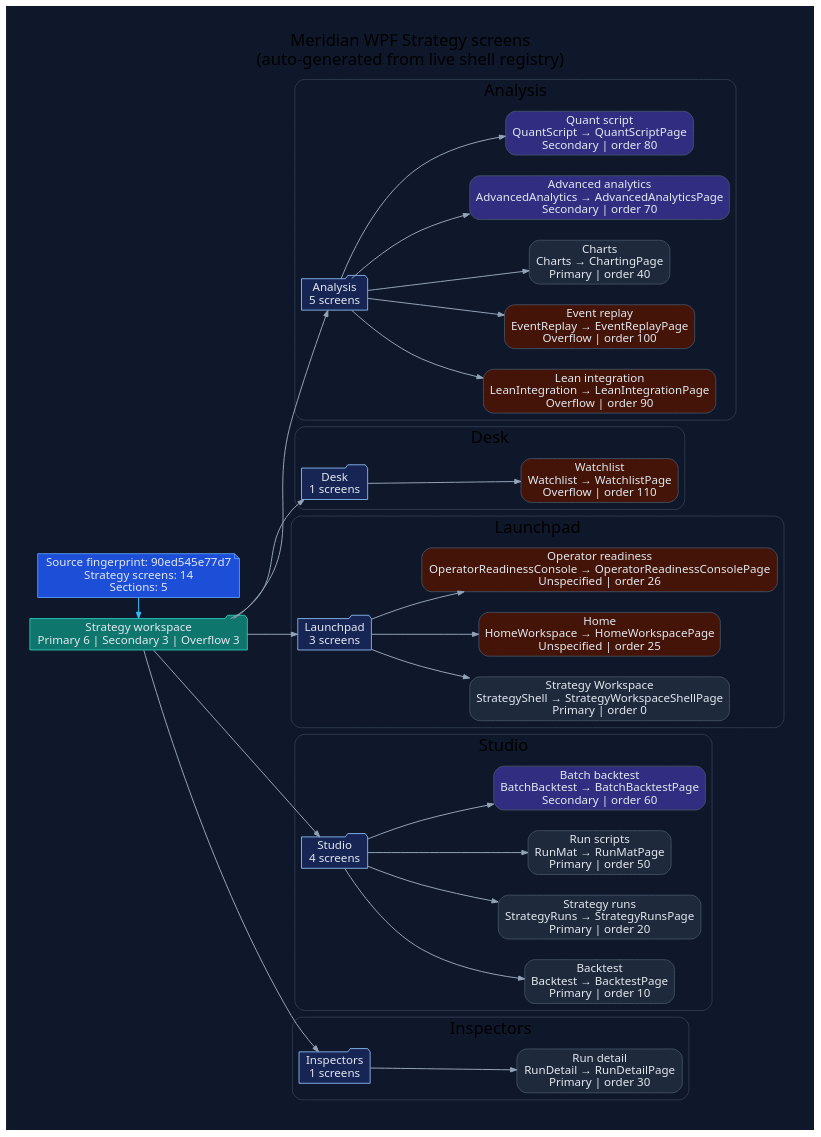
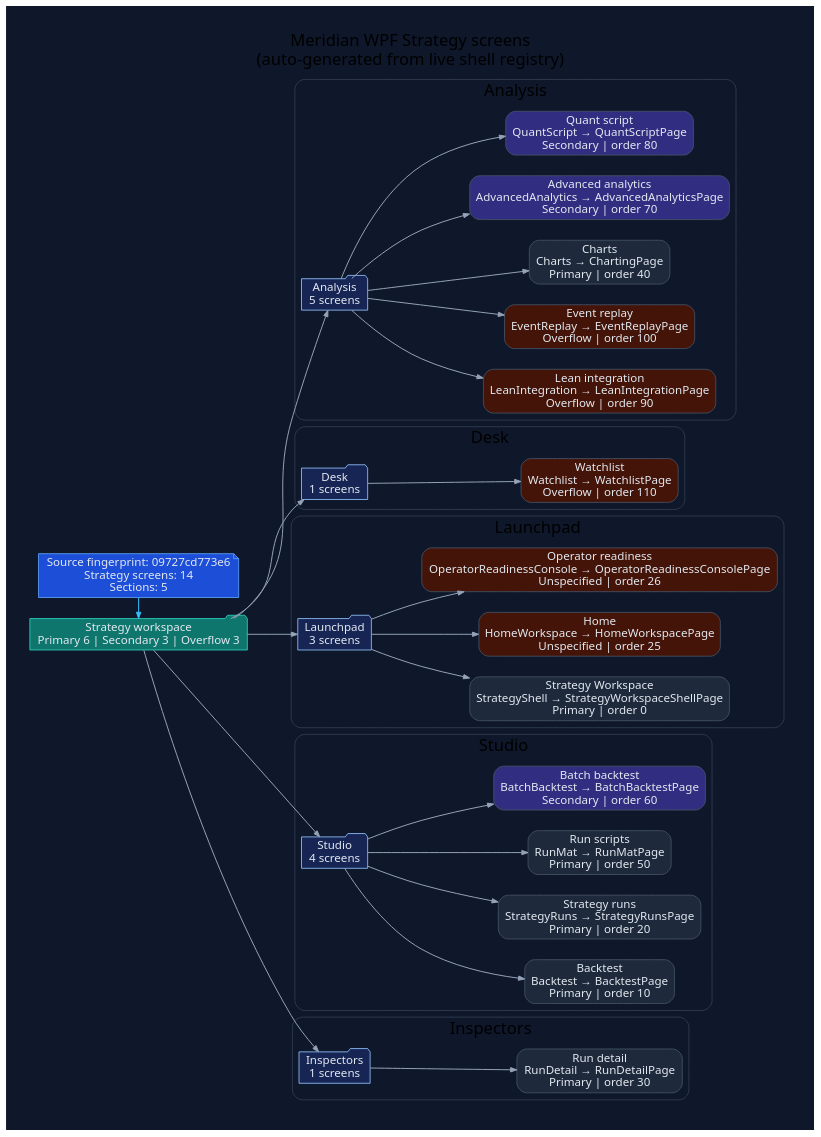
The diagram in docs/diagrams/ui-wpf-screens-strategy.dot (rodoHasArrived/Meridian-main), drawn with Graphviz before and after one commit. The commit also changed 120 other files, not shown here.

```diff
--- a/docs/diagrams/ui-wpf-screens-strategy.dot
+++ b/docs/diagrams/ui-wpf-screens-strategy.dot
@@ -1,94 +1,94 @@
 // -----------------------------------------------------------------------------
 // <auto-generated>
 // Generated by scripts/generate-diagrams.mjs.
 // Do not edit this file directly; update the WPF source files instead.
 // -----------------------------------------------------------------------------
 digraph WpfStrategyScreens {
   graph [
     rankdir=LR,
     labelloc=t,
     label="Meridian WPF Strategy screens\n(auto-generated from live shell registry)",
     fontname="Segoe UI",
     fontsize=20,
     pad=0.4,
     nodesep=0.35,
     ranksep=0.85,
     bgcolor="#0f172a"
   ];
   node [fontname="Segoe UI", shape=box, style="rounded,filled", color="#475569", fontcolor="#e2e8f0", fillcolor="#1e293b"];
   edge [fontname="Segoe UI", color="#94a3b8", penwidth=1.2, arrowsize=0.75];
 
-  generated [shape=note, fillcolor="#1d4ed8", color="#60a5fa", label="Source fingerprint: 90ed545e77d7\nStrategy screens: 14\nSections: 5"];
+  generated [shape=note, fillcolor="#1d4ed8", color="#60a5fa", label="Source fingerprint: 09727cd773e6\nStrategy screens: 14\nSections: 5"];
   workspace [shape=folder, fillcolor="#0f766e", color="#2dd4bf", label="Strategy workspace\nPrimary 6 | Secondary 3 | Overflow 3"];
   generated -> workspace [color="#38bdf8"];
 
   subgraph cluster_section_1 {
     label="Analysis";
     color="#334155";
     style="rounded";
     section_1 [shape=folder, fillcolor="#172554", color="#93c5fd", label="Analysis\n5 screens"];
     workspace -> section_1;
     screen_LeanIntegration [fillcolor="#431407", label="Lean integration\nLeanIntegration → LeanIntegrationPage\nOverflow | order 90"];
     section_1 -> screen_LeanIntegration;
     screen_EventReplay [fillcolor="#431407", label="Event replay\nEventReplay → EventReplayPage\nOverflow | order 100"];
     section_1 -> screen_EventReplay;
     screen_Charts [fillcolor="#1e293b", label="Charts\nCharts → ChartingPage\nPrimary | order 40"];
     section_1 -> screen_Charts;
     screen_AdvancedAnalytics [fillcolor="#312e81", label="Advanced analytics\nAdvancedAnalytics → AdvancedAnalyticsPage\nSecondary | order 70"];
     section_1 -> screen_AdvancedAnalytics;
     screen_QuantScript [fillcolor="#312e81", label="Quant script\nQuantScript → QuantScriptPage\nSecondary | order 80"];
     section_1 -> screen_QuantScript;
   }
 
   subgraph cluster_section_2 {
     label="Desk";
     color="#334155";
     style="rounded";
     section_2 [shape=folder, fillcolor="#172554", color="#93c5fd", label="Desk\n1 screens"];
     workspace -> section_2;
     screen_Watchlist [fillcolor="#431407", label="Watchlist\nWatchlist → WatchlistPage\nOverflow | order 110"];
     section_2 -> screen_Watchlist;
   }
 
   subgraph cluster_section_3 {
     label="Launchpad";
     color="#334155";
     style="rounded";
     section_3 [shape=folder, fillcolor="#172554", color="#93c5fd", label="Launchpad\n3 screens"];
     workspace -> section_3;
     screen_StrategyShell [fillcolor="#1e293b", label="Strategy Workspace\nStrategyShell → StrategyWorkspaceShellPage\nPrimary | order 0"];
     section_3 -> screen_StrategyShell;
     screen_HomeWorkspace [fillcolor="#431407", label="Home\nHomeWorkspace → HomeWorkspacePage\nUnspecified | order 25"];
     section_3 -> screen_HomeWorkspace;
     screen_OperatorReadinessConsole [fillcolor="#431407", label="Operator readiness\nOperatorReadinessConsole → OperatorReadinessConsolePage\nUnspecified | order 26"];
     section_3 -> screen_OperatorReadinessConsole;
   }
 
   subgraph cluster_section_4 {
     label="Studio";
     color="#334155";
     style="rounded";
     section_4 [shape=folder, fillcolor="#172554", color="#93c5fd", label="Studio\n4 screens"];
     workspace -> section_4;
     screen_Backtest [fillcolor="#1e293b", label="Backtest\nBacktest → BacktestPage\nPrimary | order 10"];
     section_4 -> screen_Backtest;
     screen_StrategyRuns [fillcolor="#1e293b", label="Strategy runs\nStrategyRuns → StrategyRunsPage\nPrimary | order 20"];
     section_4 -> screen_StrategyRuns;
     screen_RunMat [fillcolor="#1e293b", label="Run scripts\nRunMat → RunMatPage\nPrimary | order 50"];
     section_4 -> screen_RunMat;
     screen_BatchBacktest [fillcolor="#312e81", label="Batch backtest\nBatchBacktest → BatchBacktestPage\nSecondary | order 60"];
     section_4 -> screen_BatchBacktest;
   }
 
   subgraph cluster_section_5 {
     label="Inspectors";
     color="#334155";
     style="rounded";
     section_5 [shape=folder, fillcolor="#172554", color="#93c5fd", label="Inspectors\n1 screens"];
     workspace -> section_5;
     screen_RunDetail [fillcolor="#1e293b", label="Run detail\nRunDetail → RunDetailPage\nPrimary | order 30"];
     section_5 -> screen_RunDetail;
   }
 
   { rank=min; generated; workspace; }
 }
```
